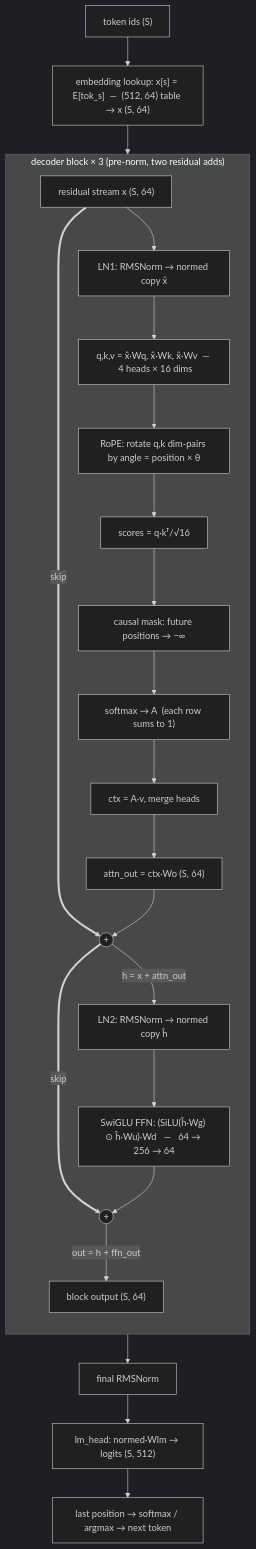
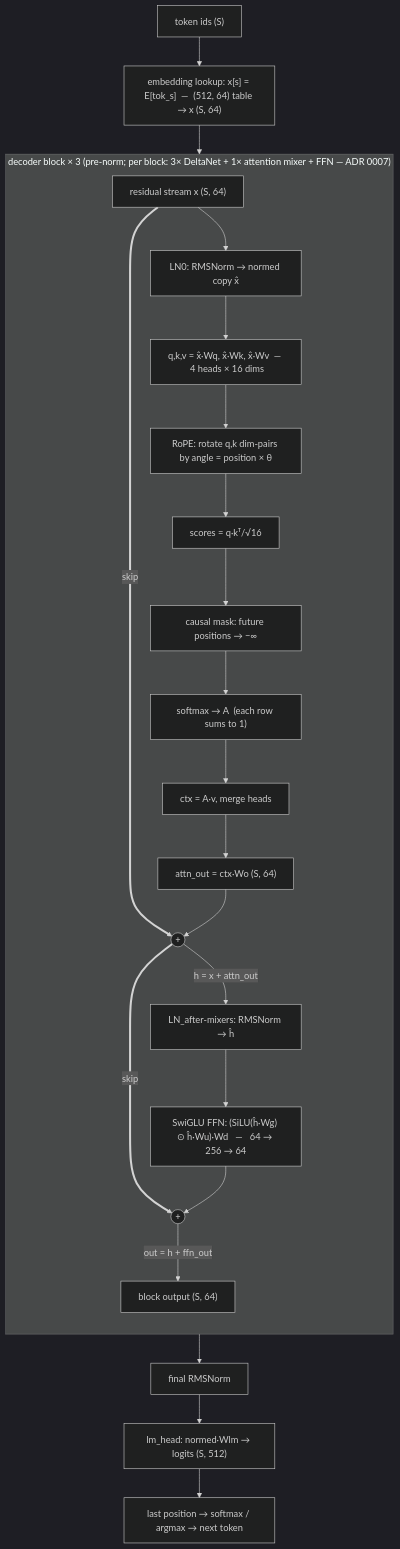
Before and after one commit to loveyoupeng/ai-demo: the first of 3 diagrams in README.md, drawn with Mermaid (dark theme). The commit also changed other lines of this file and 9 other files, not shown here.

First line of the commit message:
docs: align all docs/pydocs with ADR 0007 per-block mixers

````diff
--- a/README.md
+++ b/README.md
@@ -96,26 +96,26 @@
 ```mermaid
 flowchart TD
     TOK["token ids (S)"] --> EMB["embedding lookup: x[s] = E[tok_s]  —  (512, 64) table → x (S, 64)"]
     EMB --> STACK
-    subgraph STACK["decoder block × 3  (pre-norm, two residual adds)"]
+    subgraph STACK["decoder block × 3  (pre-norm; per block: 3× DeltaNet + 1× attention mixer + FFN — ADR 0007)"]
         direction TB
-        X["residual stream x (S, 64)"] --> N1["LN1: RMSNorm → normed copy x̂"]
+        X["residual stream x (S, 64)"] --> N1["LN0: RMSNorm → normed copy x̂"]
         N1 --> QKV["q,k,v = x̂·Wq, x̂·Wk, x̂·Wv  —  4 heads × 16 dims"]
         QKV --> ROPE["RoPE: rotate q,k dim-pairs by angle = position × θ"]
         ROPE --> SC["scores = q·kᵀ/√16"]
         SC --> MSK["causal mask: future positions → −∞"]
         MSK --> SMX["softmax → A  (each row sums to 1)"]
         SMX --> CTX["ctx = A·v, merge heads"]
         CTX --> WO["attn_out = ctx·Wo  (S, 64)"]
         X ==>|skip| ADD1(("+"))
         WO --> ADD1
-        ADD1 -- "h = x + attn_out" --> N2["LN2: RMSNorm → normed copy ĥ"]
+        ADD1 -- "h = x + attn_out" --> N2["LN_after-mixers: RMSNorm → ĥ"]
         N2 --> FFN["SwiGLU FFN: (SiLU(ĥ·Wg) ⊙ ĥ·Wu)·Wd   —   64 → 256 → 64"]
         ADD1 ==>|skip| ADD2(("+"))
         FFN --> ADD2
         ADD2 -- "out = h + ffn_out" --> BOUT["block output (S, 64)"]
     end
     BOUT --> FN["final RMSNorm"]
     FN --> LM["lm_head: normed·Wlm → logits (S, 512)"]
     LM --> PR["last position → softmax / argmax → next token"]
 ```
````
